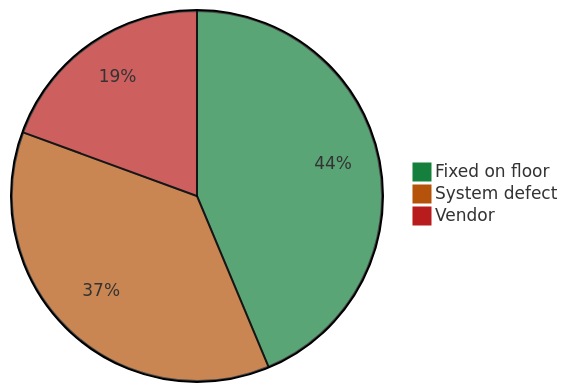
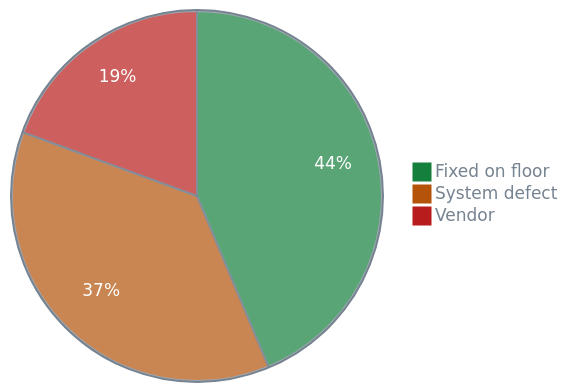
One commit to alex-yanchenko/skaldr changed the third of 4 diagrams in tests/golden/example.markdown/page.md. Above: the diagram before and after it, drawn with Mermaid. The commit also changed 12 other files, not shown here.

First line of the commit message:
fix(export): set pie text colours and pin pie order and xy palette on github

````diff
--- a/tests/golden/example.markdown/page.md
+++ b/tests/golden/example.markdown/page.md
@@ -349,7 +349,7 @@
 ```mermaid
-%%{init: {"theme": "base", "themeVariables": {"pie1": "#15803d", "pie2": "#b45309", "pie3": "#b91c1c"}}}%%
+%%{init: {"theme": "base", "themeVariables": {"pie1": "#15803d", "pie2": "#b45309", "pie3": "#b91c1c", "pieTitleTextColor": "#768390", "pieLegendTextColor": "#768390", "pieSectionTextColor": "#ffffff", "pieStrokeColor": "#768390", "pieOuterStrokeColor": "#768390"}}}%%
 pie
     "Fixed on floor" : 900
     "System defect" : 760
     "Vendor" : 400
 ```
````
